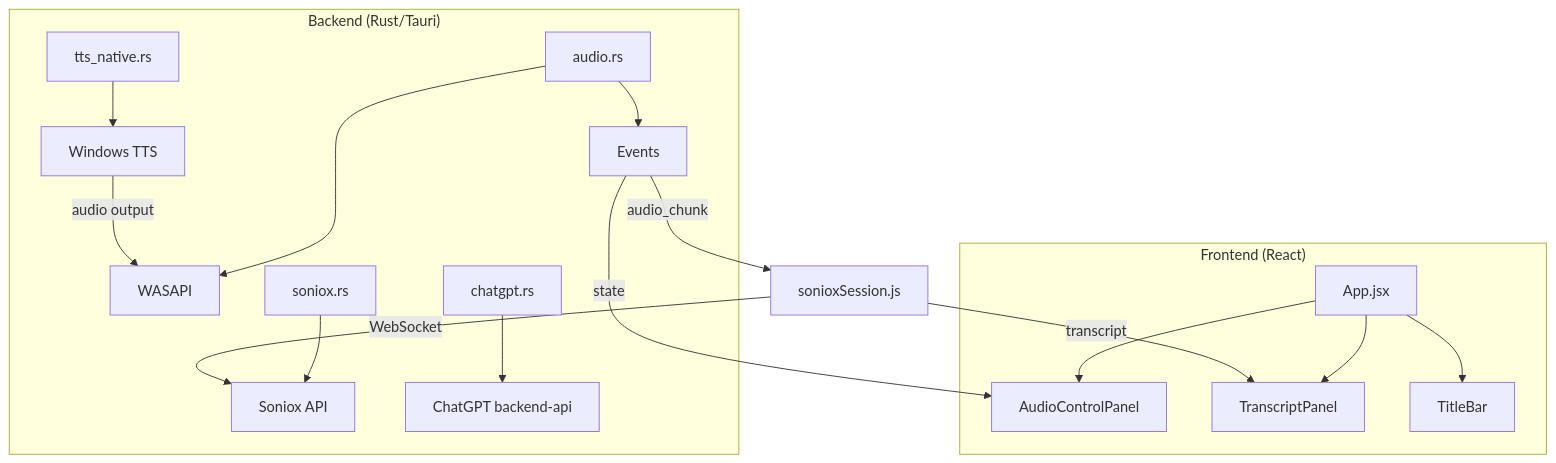
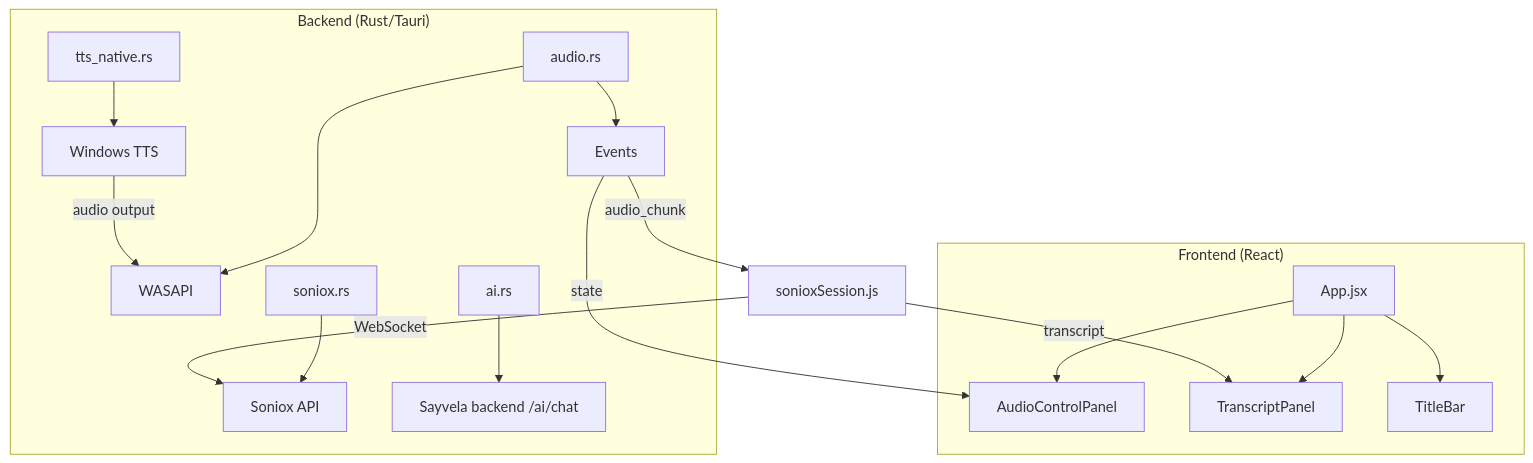
One commit to tungnguyensnk/sayvela changed the first of 2 diagrams in desktop/README.md. Above: the diagram before and after it, drawn with Mermaid. The commit also changed other lines of this file and 32 other files, not shown here.

First line of the commit message:
chore: remove ChatGPT integration from desktop and backend

````diff
--- a/desktop/README.md
+++ b/desktop/README.md
@@ -28,22 +28,22 @@
 ```mermaid
 graph TB
     subgraph Frontend["Frontend (React)"]
         A[App.jsx] --> B[AudioControlPanel]
         A --> C[TranscriptPanel]
         A --> D[TitleBar]
     end
 
     subgraph Backend["Backend (Rust/Tauri)"]
         E[audio.rs] --> F[WASAPI]
         E --> G[Events]
         H[soniox.rs] --> I[Soniox API]
-        J[chatgpt.rs] --> K[ChatGPT backend-api]
+        J[ai.rs] --> K[Sayvela backend /ai/chat]
         L[tts_native.rs] --> M[Windows TTS]
     end
 
     G -->|audio_chunk| N[sonioxSession.js]
     N -->|WebSocket| I
     N -->|transcript| C
     G -->|state| B
     M -->|audio output| F
 ```
````
